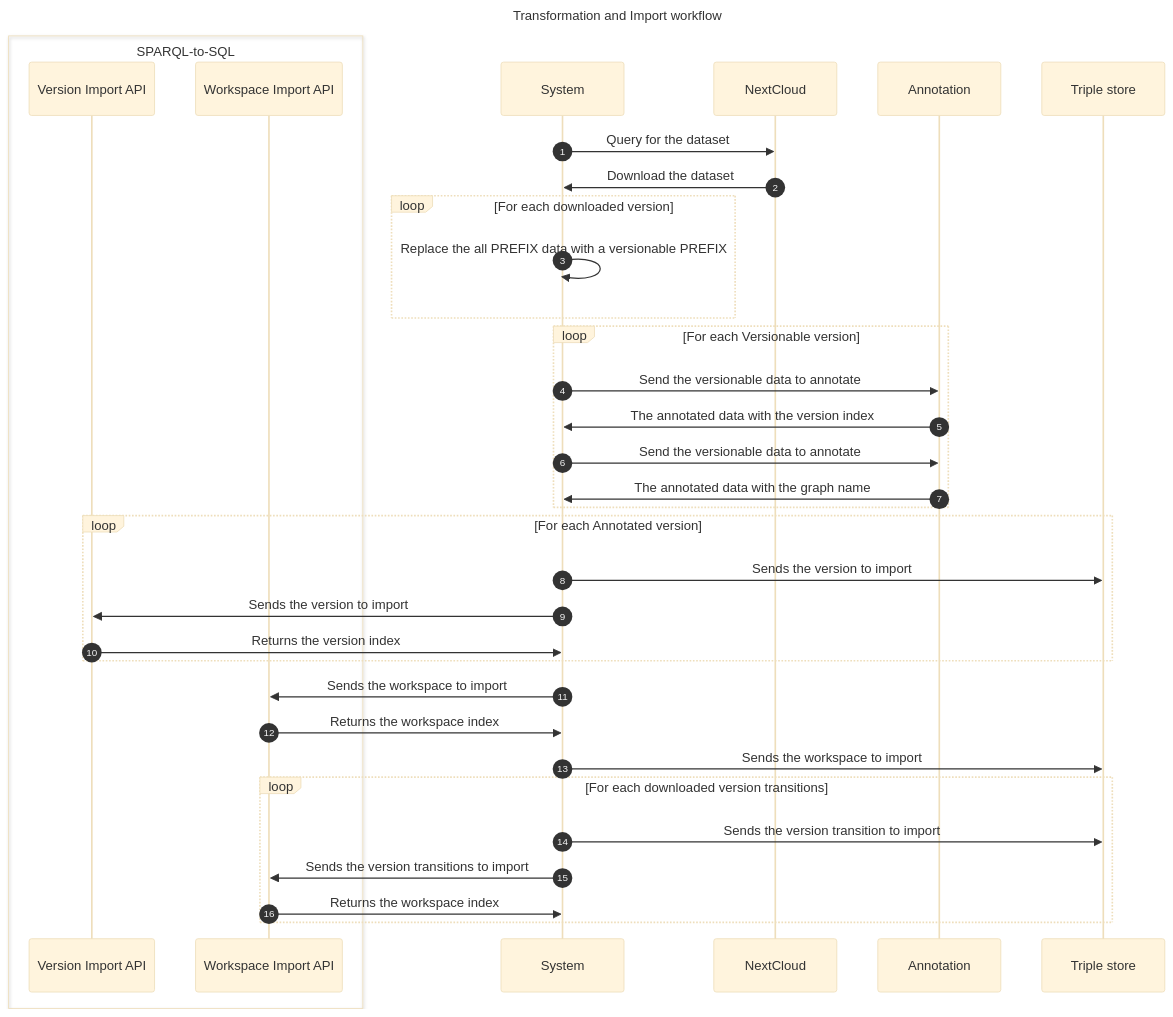
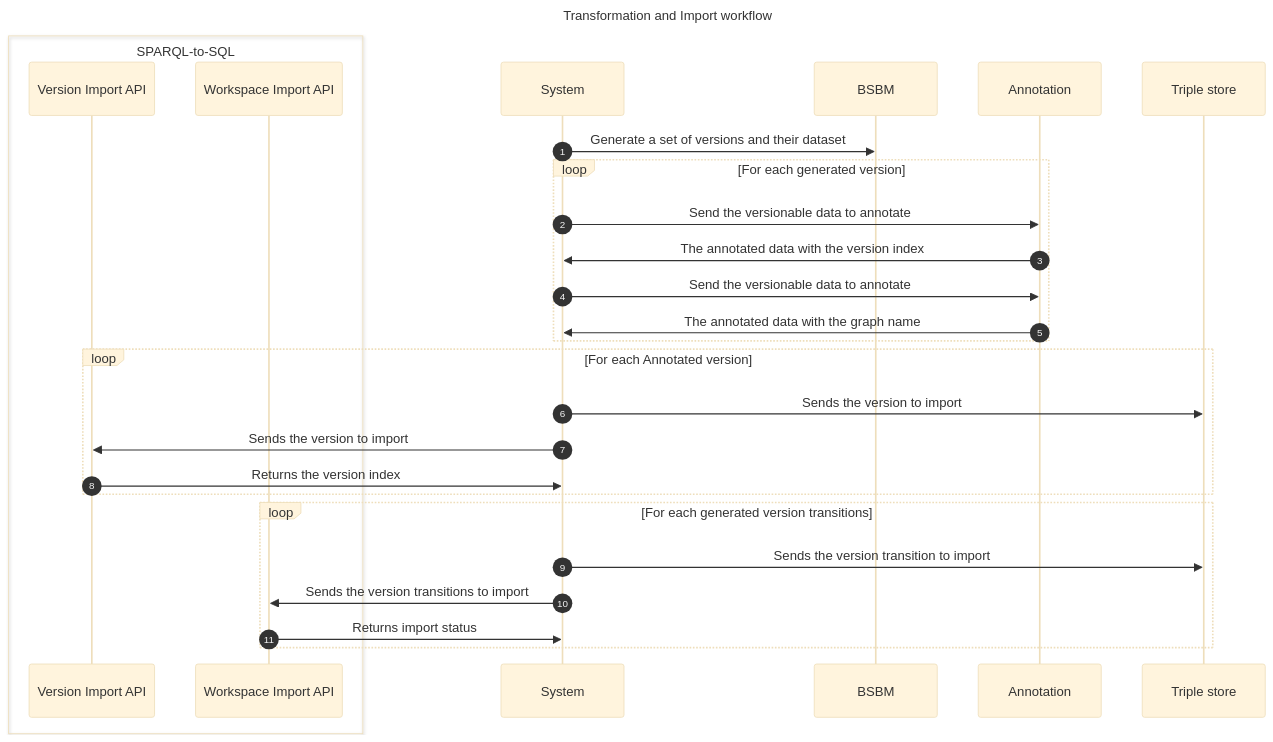
The fifth of 5 diagrams in Readme.md (VCityTeam/ConVer-G), drawn with Mermaid (base theme) before and after one commit. The commit also changed other lines of this file and 12 other files, not shown here.

````diff
--- a/Readme.md
+++ b/Readme.md
@@ -277,36 +282,28 @@
 ```mermaid
 sequenceDiagram
     title Transformation and Import workflow
     autonumber
     box SPARQL-to-SQL
         participant Version Import API
         participant Workspace Import API
     end
 
-    System ->> NextCloud: Query for the dataset
-    NextCloud ->> System: Download the dataset
-    loop For each downloaded version
-        System ->> System: Replace the all PREFIX data with a versionable PREFIX
-    end
-    loop For each Versionable version
+    System ->> BSBM: Generate a set of versions and their dataset
+    loop For each generated version
         System ->> Annotation: Send the versionable data to annotate
         Annotation ->> System: The annotated data with the version index
         System ->> Annotation: Send the versionable data to annotate
         Annotation ->> System: The annotated data with the graph name
     end
     loop For each Annotated version
         System ->> Triple store: Sends the version to import
         System ->> Version Import API: Sends the version to import
         Version Import API ->> System: Returns the version index
     end
 
-    System ->> Workspace Import API: Sends the workspace to import
-    Workspace Import API ->> System: Returns the workspace index
-    System ->> Triple store: Sends the workspace to import
-
-    loop For each downloaded version transitions
+    loop For each generated version transitions
         System ->> Triple store: Sends the version transition to import
         System ->> Workspace Import API: Sends the version transitions to import
-        Workspace Import API ->> System: Returns the workspace index
+        Workspace Import API ->> System: Returns import status
     end
 ```
````
